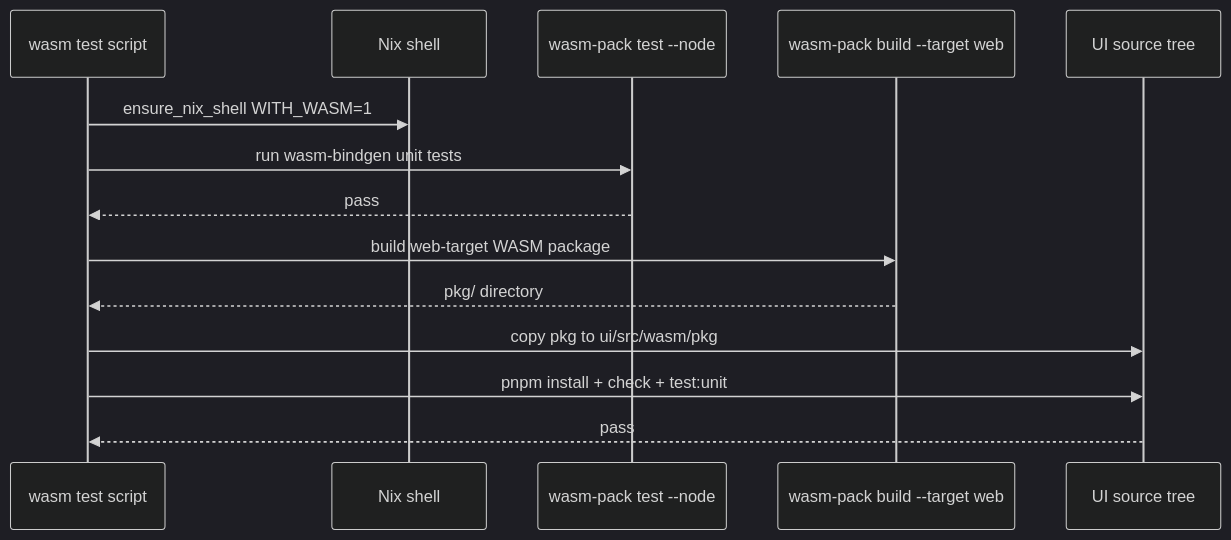
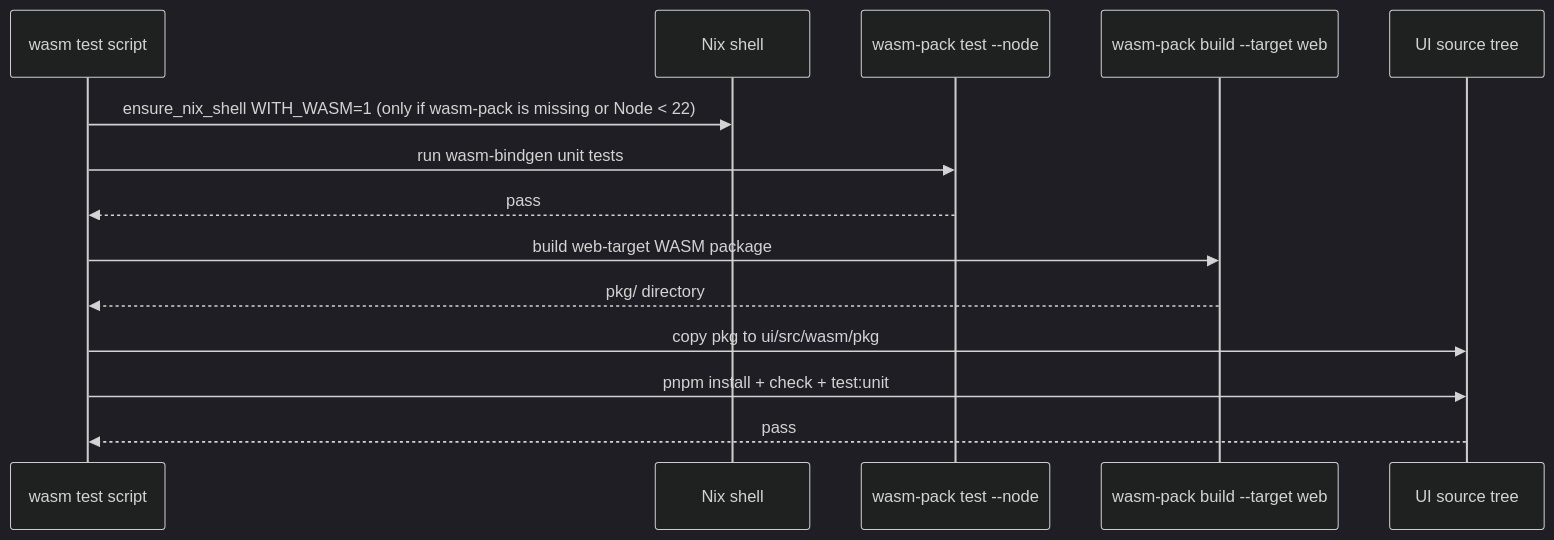
Diagram 53 of 60 in .mise/tasks/test/README.md (Cosmian/kms), drawn with Mermaid (dark theme) before and after one commit. The commit also changed other lines of this file and 31 other files, not shown here.

````diff
--- a/.mise/tasks/test/README.md
+++ b/.mise/tasks/test/README.md
@@ -1539,17 +1570,17 @@
 ```mermaid
 sequenceDiagram
     participant Test as wasm test script
     participant Nix as Nix shell
     participant Rust as wasm-pack test --node
     participant Build as wasm-pack build --target web
     participant UI as UI source tree
 
-    Test->>Nix: ensure_nix_shell WITH_WASM=1
+    Test->>Nix: ensure_nix_shell WITH_WASM=1 (only if wasm-pack is missing or Node < 22)
     Test->>Rust: run wasm-bindgen unit tests
     Rust-->>Test: pass
     Test->>Build: build web-target WASM package
     Build-->>Test: pkg/ directory
     Test->>UI: copy pkg to ui/src/wasm/pkg
     Test->>UI: pnpm install + check + test:unit
     UI-->>Test: pass
 ```
````
